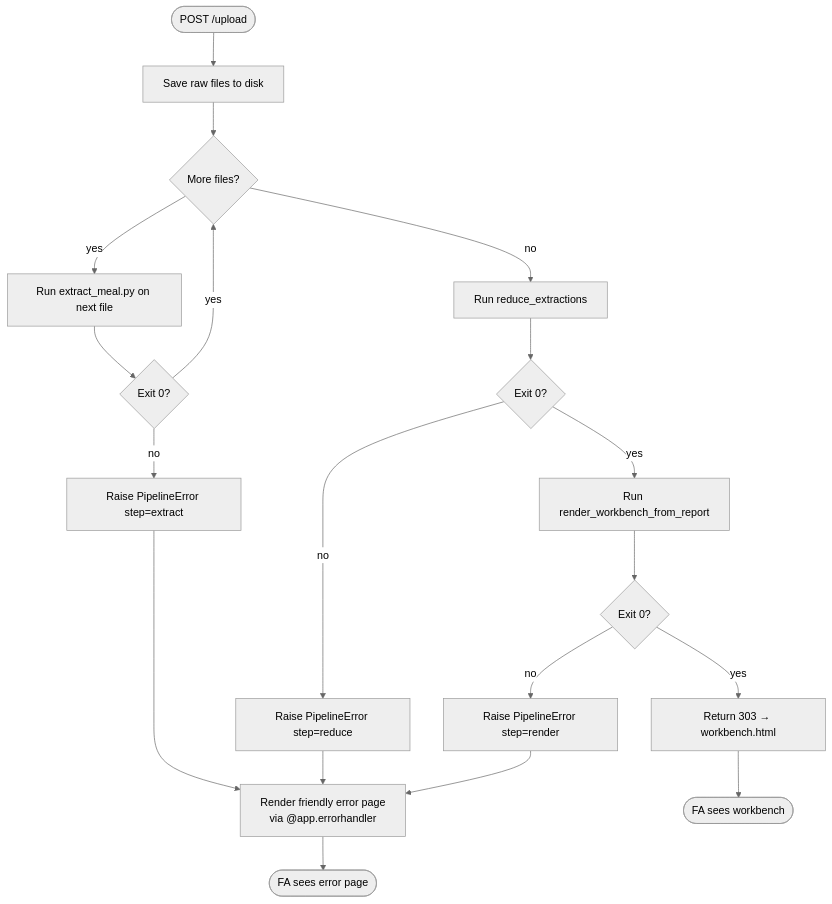
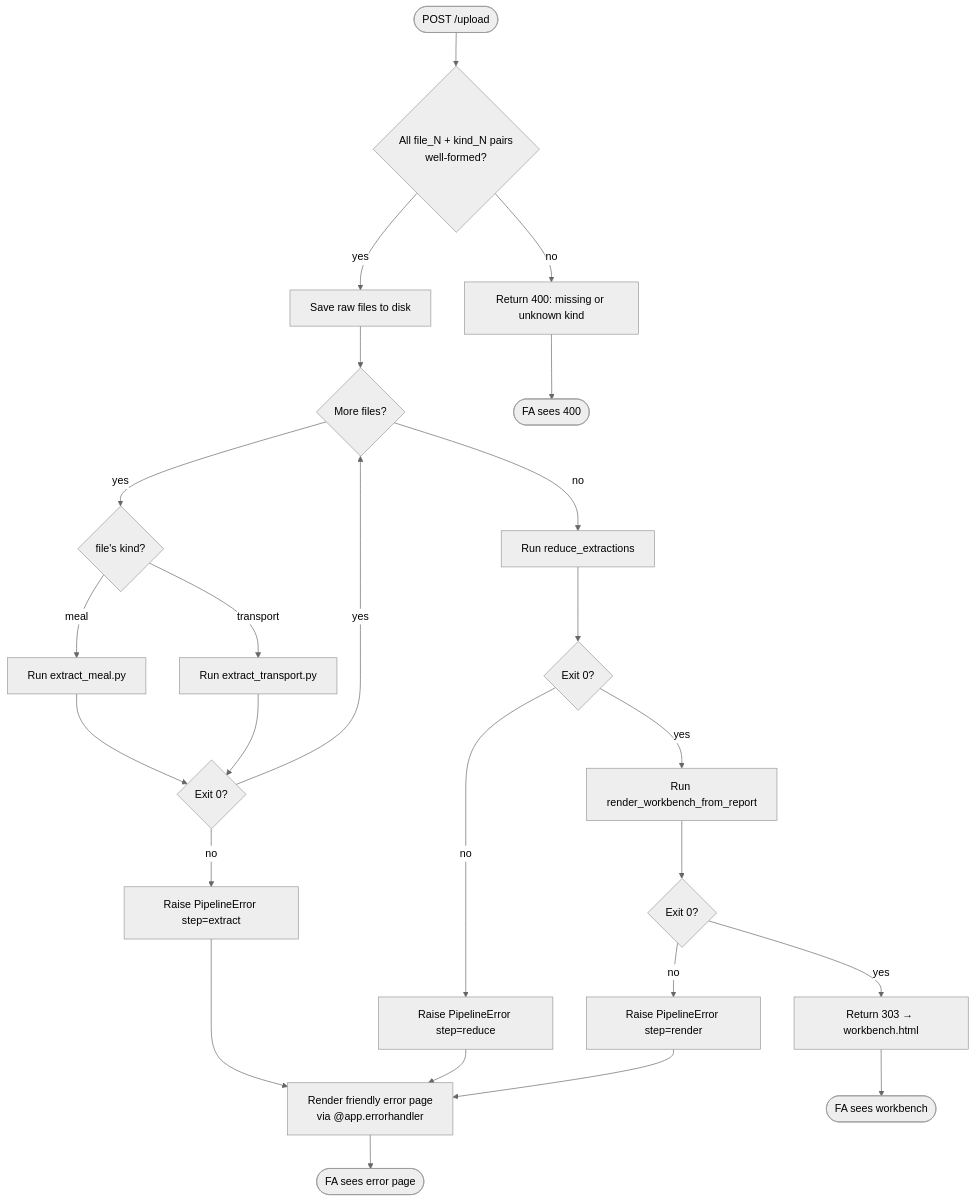
The third of 5 diagrams in docs/SPEC.md (aweditya/expense-reports-automation), drawn with Mermaid (neutral theme) before and after one commit. The commit also changed other lines of this file, not shown here.

````diff
--- a/docs/SPEC.md
+++ b/docs/SPEC.md
@@ -162,26 +176,32 @@
 ```mermaid
 flowchart TD
-    Start([POST /upload]) --> Save[Save raw files to disk]
+    Start([POST /upload]) --> Validate{All file_N + kind_N pairs<br/>well-formed?}
+    Validate -->|no| Err0[Return 400: missing or unknown kind]
+    Validate -->|yes| Save[Save raw files to disk]
     Save --> Loop{More files?}
 
-    Loop -->|yes| Ext[Run extract_meal.py on next file]
-    Ext --> ExtOK{Exit 0?}
+    Loop -->|yes| Kind{file's kind?}
+    Kind -->|meal| ExtM[Run extract_meal.py]
+    Kind -->|transport| ExtT[Run extract_transport.py]
+    ExtM --> ExtOK{Exit 0?}
+    ExtT --> ExtOK
     ExtOK -->|no| Err1[Raise PipelineError step=extract]
     ExtOK -->|yes| Loop
 
     Loop -->|no| Red[Run reduce_extractions]
     Red --> RedOK{Exit 0?}
     RedOK -->|no| Err2[Raise PipelineError step=reduce]
     RedOK -->|yes| Ren[Run render_workbench_from_report]
 
     Ren --> RenOK{Exit 0?}
     RenOK -->|no| Err3[Raise PipelineError step=render]
     RenOK -->|yes| Redirect[Return 303 → workbench.html]
 
     Err1 --> ErrorPage[Render friendly error page<br/>via @app.errorhandler]
     Err2 --> ErrorPage
     Err3 --> ErrorPage
 
     Redirect --> Done([FA sees workbench])
+    Err0 --> Done3([FA sees 400])
     ErrorPage --> Done2([FA sees error page])
 ```
````
